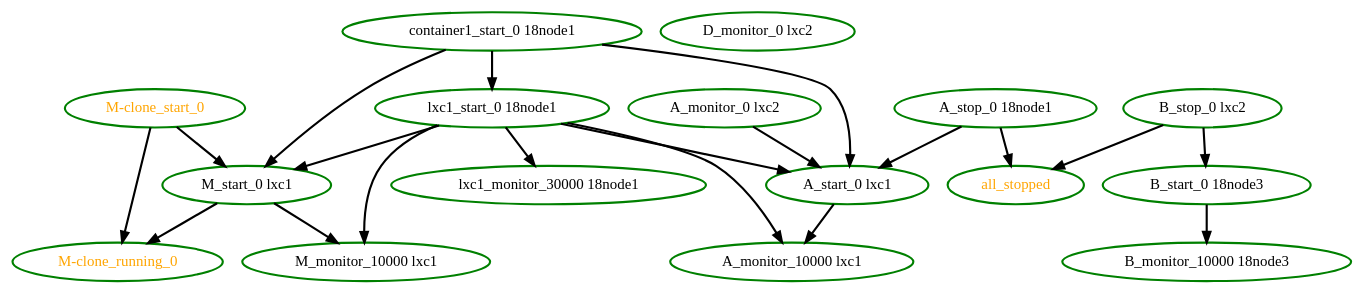
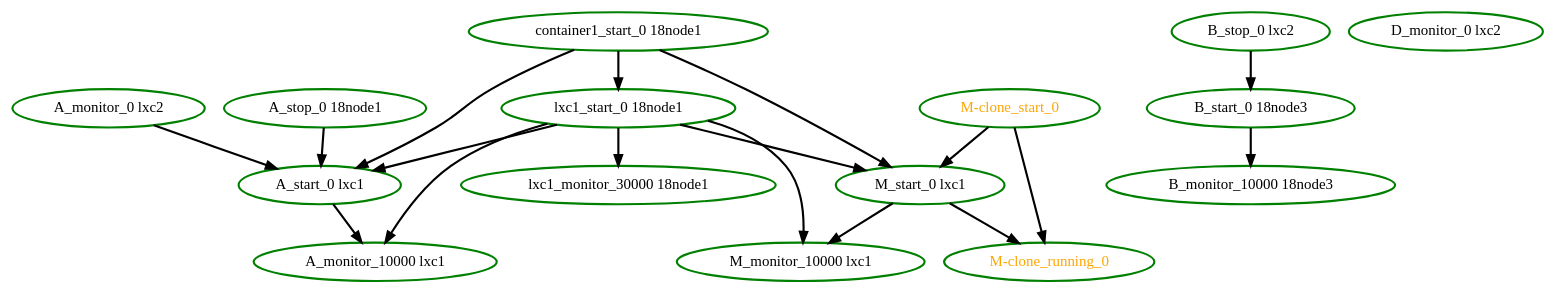
Before and after one commit to ClusterLabs/pacemaker: the diagram in cts/scheduler/whitebox-start.dot, drawn with Graphviz. The commit also changed 1440 other files, not shown here.

Commit message:
Test: scheduler: update tests for all_stopped/stonith_complete removal

```diff
--- a/cts/scheduler/whitebox-start.dot
+++ b/cts/scheduler/whitebox-start.dot
@@ -1,37 +1,34 @@
 digraph "g" {
 "A_monitor_0 lxc2" -> "A_start_0 lxc1" [ style = bold]
 "A_monitor_0 lxc2" [ style=bold color="green" fontcolor="black"]
 "A_monitor_10000 lxc1" [ style=bold color="green" fontcolor="black"]
 "A_start_0 lxc1" -> "A_monitor_10000 lxc1" [ style = bold]
 "A_start_0 lxc1" [ style=bold color="green" fontcolor="black"]
 "A_stop_0 18node1" -> "A_start_0 lxc1" [ style = bold]
-"A_stop_0 18node1" -> "all_stopped" [ style = bold]
 "A_stop_0 18node1" [ style=bold color="green" fontcolor="black"]
 "B_monitor_10000 18node3" [ style=bold color="green" fontcolor="black"]
 "B_start_0 18node3" -> "B_monitor_10000 18node3" [ style = bold]
 "B_start_0 18node3" [ style=bold color="green" fontcolor="black"]
 "B_stop_0 lxc2" -> "B_start_0 18node3" [ style = bold]
-"B_stop_0 lxc2" -> "all_stopped" [ style = bold]
 "B_stop_0 lxc2" [ style=bold color="green" fontcolor="black"]
 "D_monitor_0 lxc2" [ style=bold color="green" fontcolor="black"]
 "M-clone_running_0" [ style=bold color="green" fontcolor="orange"]
 "M-clone_start_0" -> "M-clone_running_0" [ style = bold]
 "M-clone_start_0" -> "M_start_0 lxc1" [ style = bold]
 "M-clone_start_0" [ style=bold color="green" fontcolor="orange"]
 "M_monitor_10000 lxc1" [ style=bold color="green" fontcolor="black"]
 "M_start_0 lxc1" -> "M-clone_running_0" [ style = bold]
 "M_start_0 lxc1" -> "M_monitor_10000 lxc1" [ style = bold]
 "M_start_0 lxc1" [ style=bold color="green" fontcolor="black"]
-"all_stopped" [ style=bold color="green" fontcolor="orange"]
 "container1_start_0 18node1" -> "A_start_0 lxc1" [ style = bold]
 "container1_start_0 18node1" -> "M_start_0 lxc1" [ style = bold]
 "container1_start_0 18node1" -> "lxc1_start_0 18node1" [ style = bold]
 "container1_start_0 18node1" [ style=bold color="green" fontcolor="black"]
 "lxc1_monitor_30000 18node1" [ style=bold color="green" fontcolor="black"]
 "lxc1_start_0 18node1" -> "A_monitor_10000 lxc1" [ style = bold]
 "lxc1_start_0 18node1" -> "A_start_0 lxc1" [ style = bold]
 "lxc1_start_0 18node1" -> "M_monitor_10000 lxc1" [ style = bold]
 "lxc1_start_0 18node1" -> "M_start_0 lxc1" [ style = bold]
 "lxc1_start_0 18node1" -> "lxc1_monitor_30000 18node1" [ style = bold]
 "lxc1_start_0 18node1" [ style=bold color="green" fontcolor="black"]
 }
```
